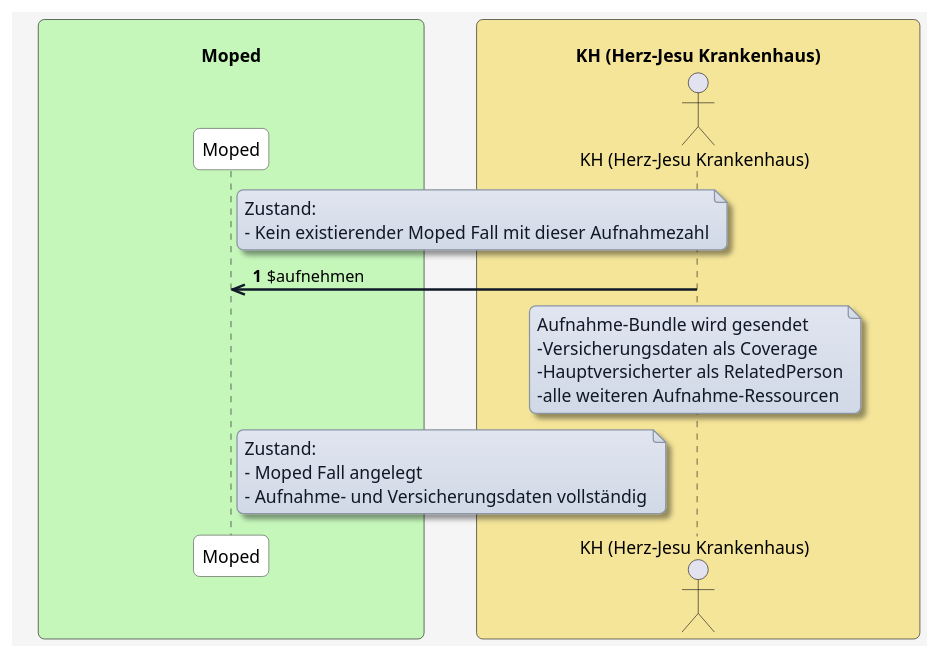
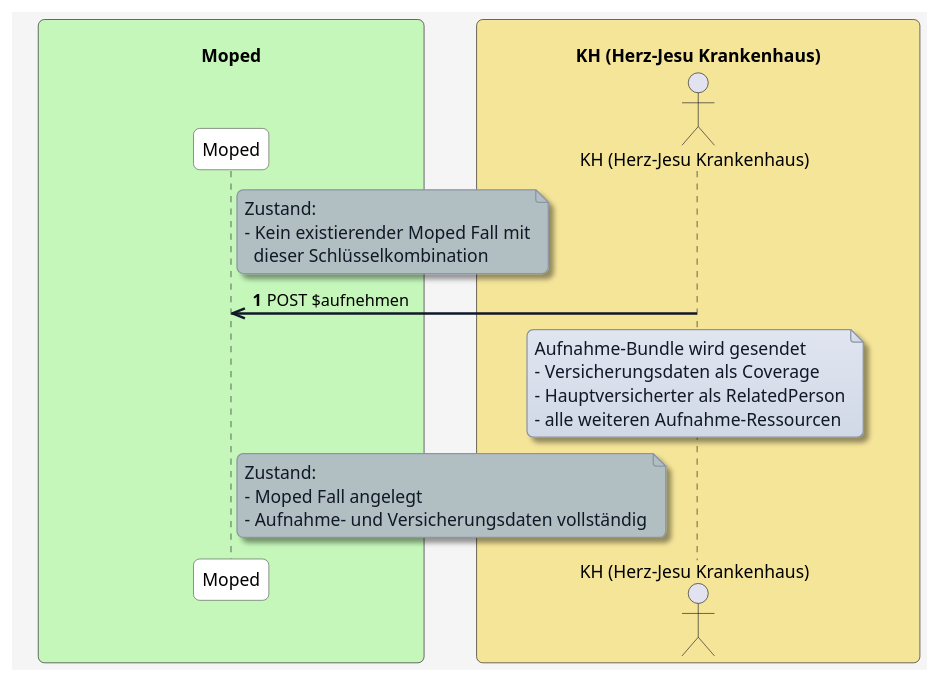
Before and after one commit to HL7Austria/ELGA-MOPED-R5: the diagram in input/images-source/aufnehmen-versicherungsdetails.plantuml, drawn with PlantUML. The commit also changed 9 other files, not shown here.

```diff
--- a/input/images-source/aufnehmen-versicherungsdetails.plantuml
+++ b/input/images-source/aufnehmen-versicherungsdetails.plantuml
@@ -1,68 +1,74 @@
 @startuml
 skinparam borderColor #000000
 skinparam backgroundColor #f5f5f5
 skinparam shadowing false
 skinparam roundCorner 10
 skinparam defaultFontName "Arial"
 skinparam defaultFontSize 14
 skinparam defaultFontColor #000000
 
 skinparam note {
   BackgroundColor #e0e5f0-#d1d9e6
   BorderColor #8b95a5
   BorderThickness 1
   RoundCorner 8
   Padding 6
   FontColor #111827
   Shadowing true
 }
 
 skinparam HyperlinkColor #0000EE
 skinparam HyperlinkUnderline false
 
 skinparam sequence {
   ParticipantBorderColor #555555
   ParticipantBackgroundColor #ffffff
   ParticipantFontColor #000000
   ParticipantFontSize 14
   ParticipantPadding 20
   ArrowColor #111827
   ArrowThickness 2
   ArrowFontColor #000000
   ArrowFontSize 13
   GroupBorderColor #111827
   GroupBackgroundColor #f3f4f6
   GroupBorderThickness 1
 }
 
 skinparam BoxPadding 20
 skinparam BoxBorderColor #555555
 
 box "\n                                   Moped                                   " #c5f7ba
   participant MP as "Moped"
 end box
 
 box "\n                     KH (Herz-Jesu Krankenhaus)                     " #f5e599
   actor KH as "KH (Herz-Jesu Krankenhaus)"
 end box
 
 
 autonumber
 
 autonumber
 
-note right of MP
+note right of MP #b2bfc2
 Zustand:
-- Kein existierender Moped Fall mit dieser Aufnahmezahl
+- Kein existierender Moped Fall mit
+  dieser Schlüsselkombination
 end note
 
-KH ->> MP: $aufnehmen
-Note over KH: Aufnahme-Bundle wird gesendet\n-Versicherungsdaten als Coverage\n-Hauptversicherter als RelatedPerson\n-alle weiteren Aufnahme-Ressourcen
+KH ->> MP: POST $aufnehmen
+note over KH
+Aufnahme-Bundle wird gesendet
+- Versicherungsdaten als Coverage
+- Hauptversicherter als RelatedPerson
+- alle weiteren Aufnahme-Ressourcen
+end note
 
-note right of MP
+note right of MP #b2bfc2
 Zustand:
 - Moped Fall angelegt
 - Aufnahme- und Versicherungsdaten vollständig
 end note
 
 @enduml
```
